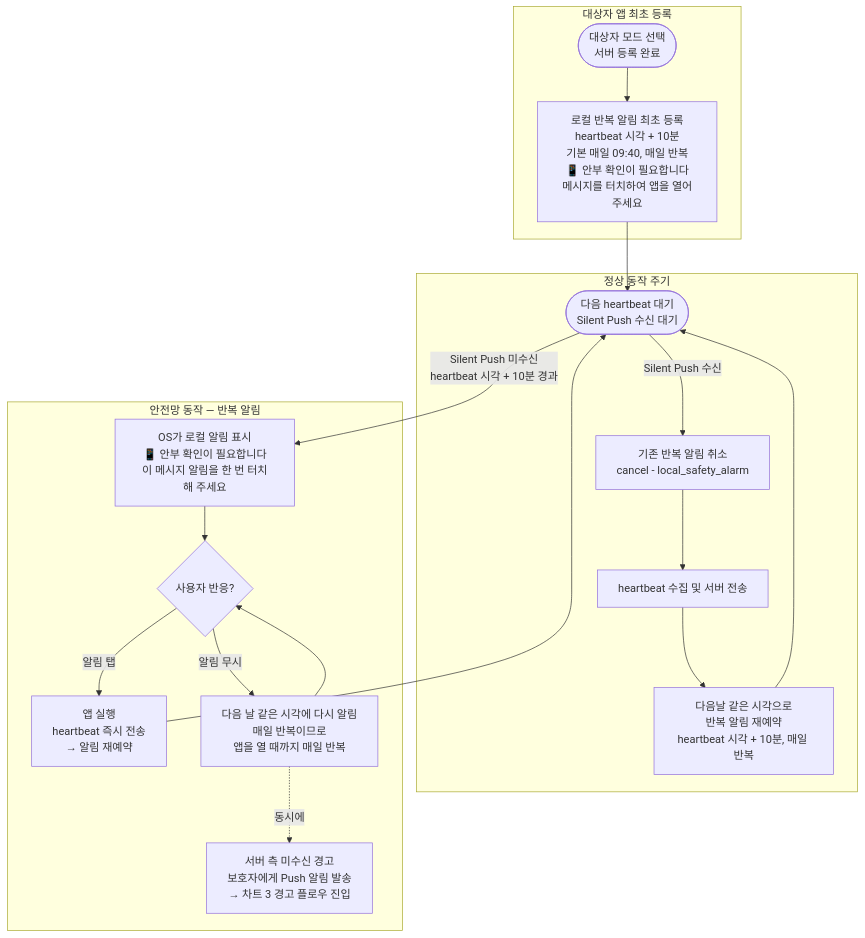
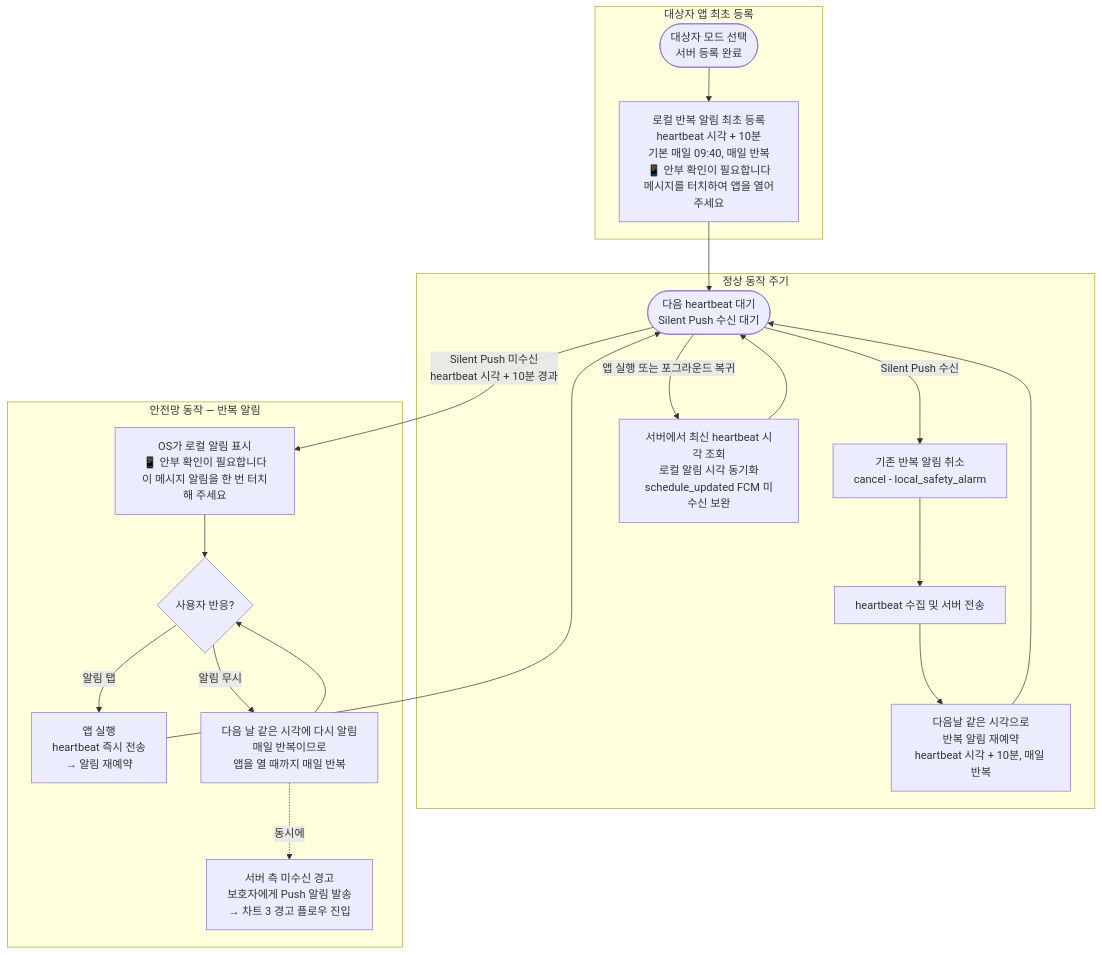
Before and after one commit to l10s18bok/kr.co.anbucheck: the seventh of 7 diagrams in .ref/heartbeat_flowchart.md, drawn with Mermaid. The commit also changed other lines of this file, not shown here.

First line of the commit message:
문서: heartbeat_flowchart.md 글로벌 타임존 및 로컬 알림 동기화 반영

````diff
--- a/.ref/heartbeat_flowchart.md
+++ b/.ref/heartbeat_flowchart.md
@@ -239,33 +239,35 @@
 ```mermaid
 flowchart TD
     subgraph 최초설치[대상자 앱 최초 등록]
         Install([대상자 모드 선택<br/>서버 등록 완료])
         Install --> FirstSchedule[로컬 반복 알림 최초 등록<br/>heartbeat 시각 + 10분<br/>기본 매일 09:40, 매일 반복<br/>📱 안부 확인이 필요합니다<br/>메시지를 터치하여 앱을 열어주세요]
     end
 
     FirstSchedule --> Wait
 
     subgraph 정상주기[정상 동작 주기]
         Wait([다음 heartbeat 대기<br/>Silent Push 수신 대기])
         Wait -->|Silent Push 수신| Cancel[기존 반복 알림 취소<br/>cancel - local_safety_alarm]
         Cancel --> Collect[heartbeat 수집 및 서버 전송]
         Collect --> Reschedule[다음날 같은 시각으로<br/>반복 알림 재예약<br/>heartbeat 시각 + 10분, 매일 반복]
         Reschedule --> Wait
+        Wait -->|앱 실행 또는 포그라운드 복귀| ServerSync[서버에서 최신 heartbeat 시각 조회<br/>로컬 알림 시각 동기화<br/>schedule_updated FCM 미수신 보완]
+        ServerSync --> Wait
     end
 
     Wait -->|Silent Push 미수신<br/>heartbeat 시각 + 10분 경과| Alarm
 
     subgraph 안전망[안전망 동작 — 반복 알림]
         Alarm[OS가 로컬 알림 표시<br/>📱 안부 확인이 필요합니다<br/>이 메시지 알림을 한 번 터치해 주세요]
 
         Alarm --> UserAction{사용자 반응?}
 
         UserAction -->|알림 탭| AppOpen[앱 실행<br/>heartbeat 즉시 전송<br/>→ 알림 재예약]
         AppOpen --> Wait
 
         UserAction -->|알림 무시| Repeat[다음 날 같은 시각에 다시 알림<br/>매일 반복이므로<br/>앱을 열 때까지 매일 반복]
         Repeat --> UserAction
 
         Repeat -.->|동시에| ServerAlert[서버 측 미수신 경고<br/>보호자에게 Push 알림 발송<br/>→ 차트 3 경고 플로우 진입]
     end
 ```
````
